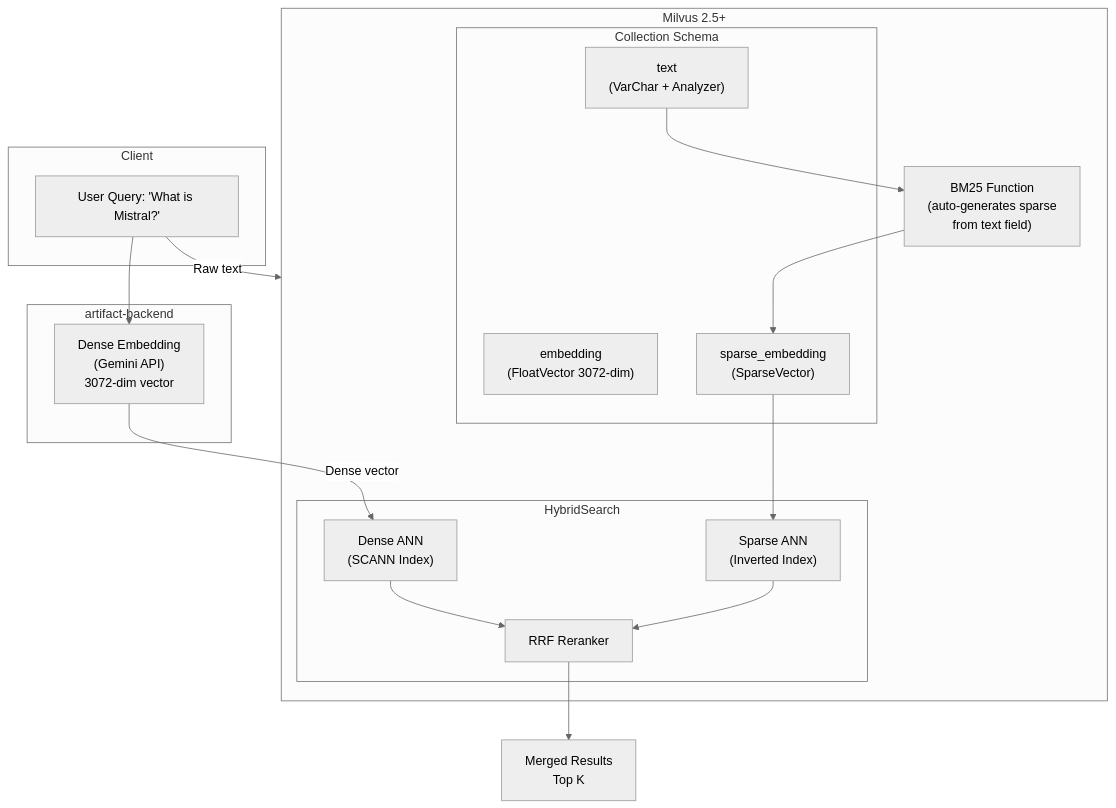
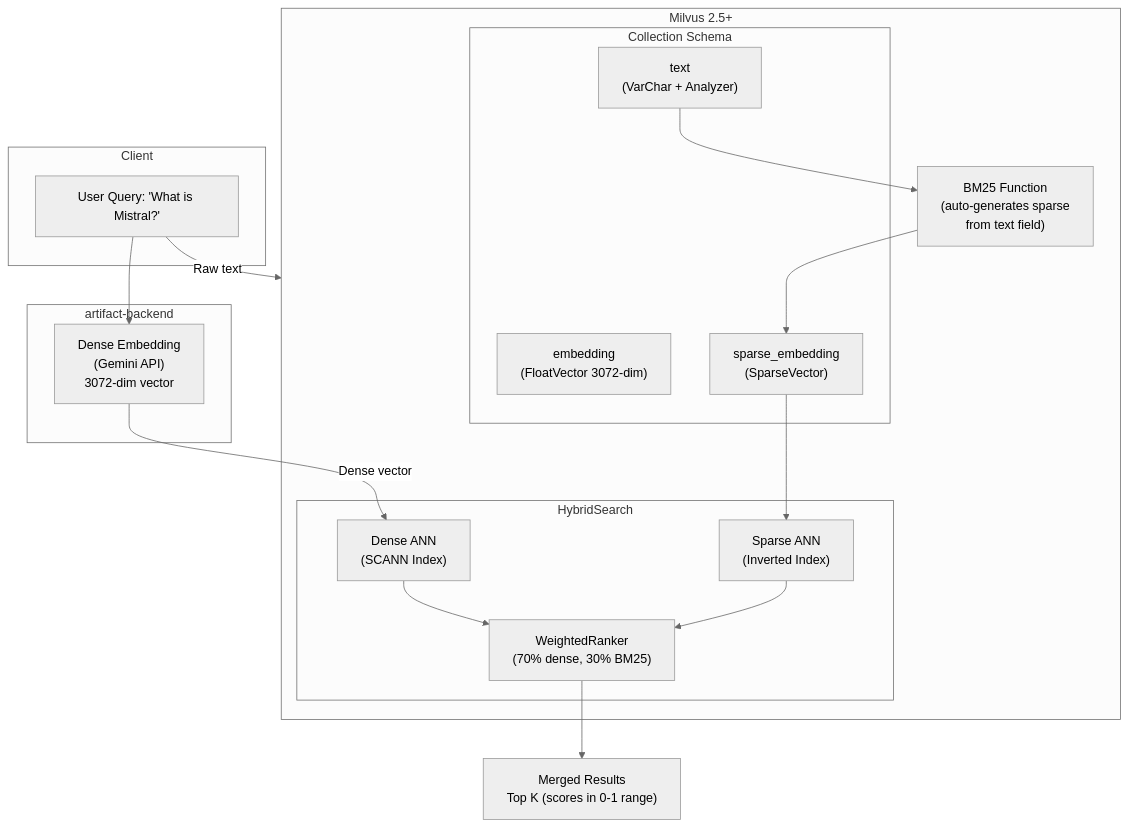
Before and after one commit to instill-ai/artifact-backend: the first of 4 diagrams in docs/hybrid-search-implementation.md, drawn with Mermaid (neutral theme). The commit also changed other lines of this file and 46 other files, not shown here.

First line of the commit message:
feat(worker): add spreadsheet chunking, entity graph, and search improvements

````diff
--- a/docs/hybrid-search-implementation.md
+++ b/docs/hybrid-search-implementation.md
@@ -15,36 +15,36 @@
 ```mermaid
 flowchart TB
     subgraph Client
         Query["User Query: 'What is Mistral?'"]
     end
 
     subgraph ArtifactBackend["artifact-backend"]
         Embedding["Dense Embedding<br/>(Gemini API)<br/>3072-dim vector"]
     end
 
     subgraph Milvus["Milvus 2.5+"]
         subgraph Storage["Collection Schema"]
             DenseField["embedding<br/>(FloatVector 3072-dim)"]
             TextField["text<br/>(VarChar + Analyzer)"]
             SparseField["sparse_embedding<br/>(SparseVector)"]
         end
 
         BM25Func["BM25 Function<br/>(auto-generates sparse<br/>from text field)"]
 
         subgraph Search["HybridSearch"]
             DenseANN["Dense ANN<br/>(SCANN Index)"]
             SparseANN["Sparse ANN<br/>(Inverted Index)"]
-            RRF["RRF Reranker"]
+            WR["WeightedRanker<br/>(70% dense, 30% BM25)"]
         end
     end
 
     Query --> Embedding
     Query --> |"Raw text"| Milvus
     Embedding --> |"Dense vector"| DenseANN
     TextField --> BM25Func
     BM25Func --> SparseField
     SparseField --> SparseANN
-    DenseANN --> RRF
-    SparseANN --> RRF
-    RRF --> Results["Merged Results<br/>Top K"]
+    DenseANN --> WR
+    SparseANN --> WR
+    WR --> Results["Merged Results<br/>Top K (scores in 0-1 range)"]
 ```
````
